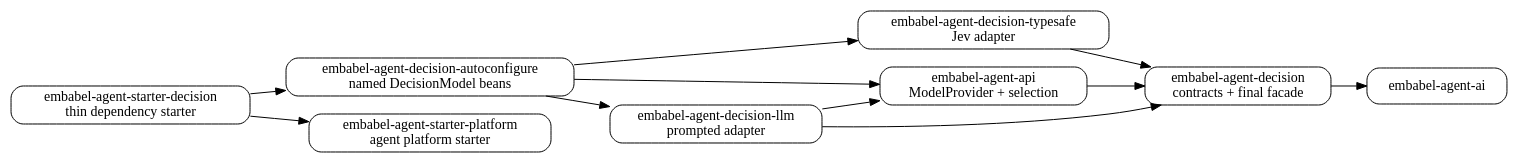
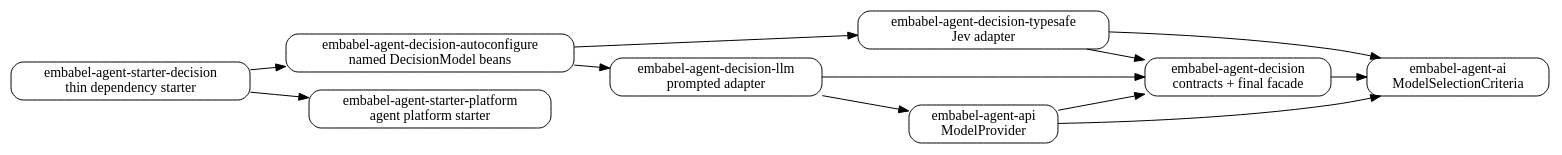
Before and after one commit to embabel/embabel-agent: the diagram in embabel-agent-docs/src/main/asciidoc/reference/diagrams/decision-modules.dot, drawn with Graphviz. The commit also changed 7 other files, not shown here.

```diff
--- a/embabel-agent-docs/src/main/asciidoc/reference/diagrams/decision-modules.dot
+++ b/embabel-agent-docs/src/main/asciidoc/reference/diagrams/decision-modules.dot
@@ -1,22 +1,23 @@
 digraph DecisionModules {
   rankdir=LR;
   node [shape=box, style="rounded"];
-  ai [label="embabel-agent-ai"];
-  api [label="embabel-agent-api\nModelProvider + selection"];
+  ai [label="embabel-agent-ai\nModelSelectionCriteria"];
+  api [label="embabel-agent-api\nModelProvider"];
   core [label="embabel-agent-decision\ncontracts + final facade"];
   jev [label="embabel-agent-decision-typesafe\nJev adapter"];
   llm [label="embabel-agent-decision-llm\nprompted adapter"];
   auto [label="embabel-agent-decision-autoconfigure\nnamed DecisionModel beans"];
   starter [label="embabel-agent-starter-decision\nthin dependency starter"];
   platform [label="embabel-agent-starter-platform\nagent platform starter"];
   core -> ai;
   api -> core;
+  api -> ai;
   jev -> core;
+  jev -> ai;
   llm -> core;
   llm -> api;
   auto -> jev;
   auto -> llm;
-  auto -> api;
   starter -> auto;
   starter -> platform;
 }
```
